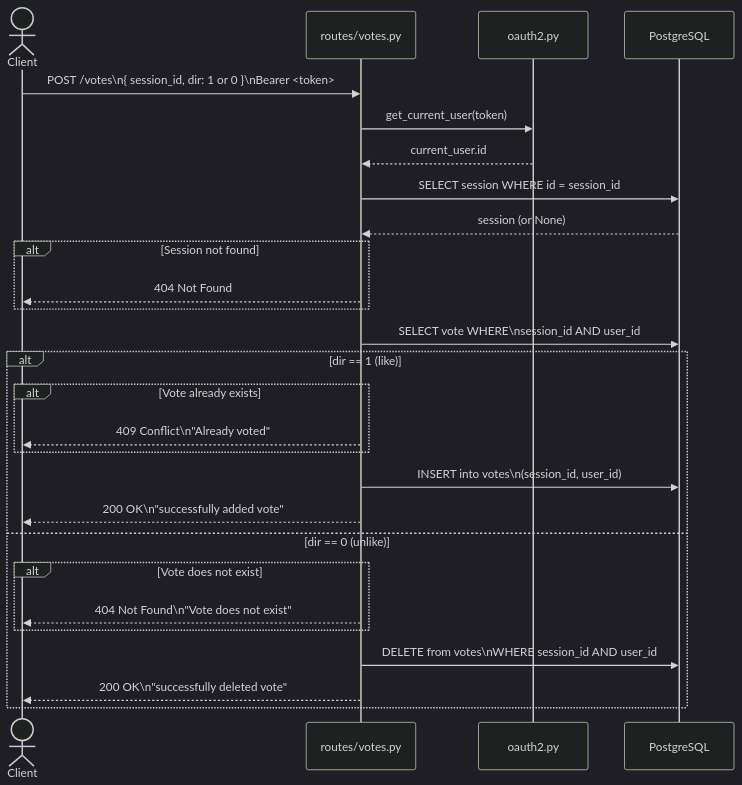
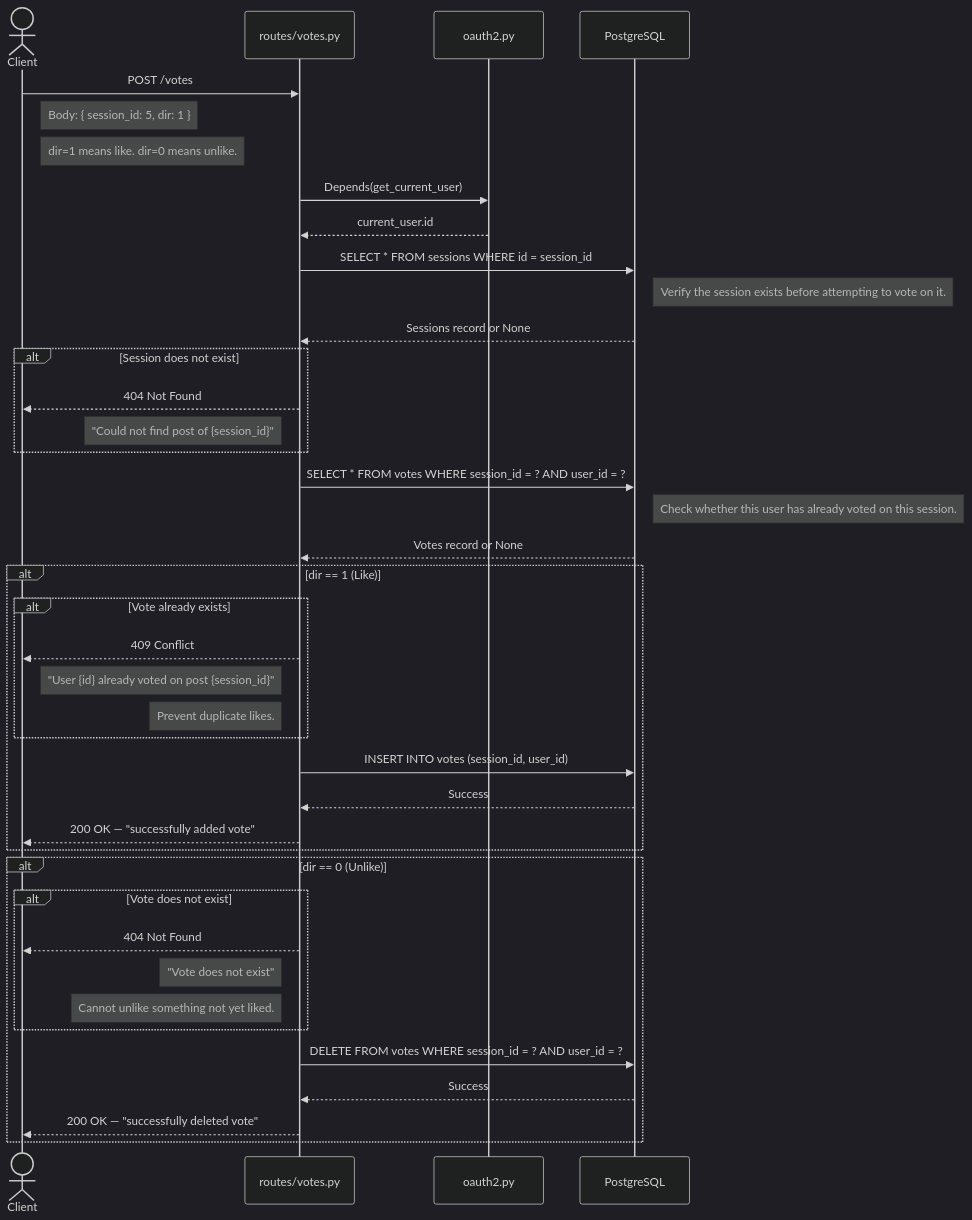
The sixth of 7 diagrams in docs/05_sequence_diagrams.md (john3lizama/Music_Practice_Companion), drawn with Mermaid (dark theme) before and after one commit. The commit also changed other lines of this file and 5 other files, not shown here.

Commit message:
Enhance audio data pipeline documentation: clarify purpose, structure, and flow; detail each processing step with inputs, outputs, and algorithms; improve feedback generation and scoring sections; and outline implementation order and future enhancements.

````diff
--- a/docs/05_sequence_diagrams.md
+++ b/docs/05_sequence_diagrams.md
@@ -130,34 +259,52 @@
 ```mermaid
 sequenceDiagram
     actor Client
-    participant Route as routes/votes.py
-    participant OAuth as oauth2.py
-    participant DB as PostgreSQL
 
-    Client->>Route: POST /votes\n{ session_id, dir: 1 or 0 }\nBearer <token>
-    Route->>OAuth: get_current_user(token)
+    participant Route   as routes/votes.py
+    participant OAuth   as oauth2.py
+    participant DB      as PostgreSQL
+
+    Client->>Route: POST /votes
+    Note right of Client: Body: { session_id: 5, dir: 1 }
+    Note right of Client: dir=1 means like. dir=0 means unlike.
+
+    Route->>OAuth: Depends(get_current_user)
     OAuth-->>Route: current_user.id
 
-    Route->>DB: SELECT session WHERE id = session_id
-    DB-->>Route: session (or None)
+    Route->>DB: SELECT * FROM sessions WHERE id = session_id
+    Note right of DB: Verify the session exists before attempting to vote on it.
+    DB-->>Route: Sessions record or None
 
-    alt Session not found
+    alt Session does not exist
         Route-->>Client: 404 Not Found
+        Note left of Route: "Could not find post of {session_id}"
     end
 
-    Route->>DB: SELECT vote WHERE\nsession_id AND user_id
+    Route->>DB: SELECT * FROM votes WHERE session_id = ? AND user_id = ?
+    Note right of DB: Check whether this user has already voted on this session.
+    DB-->>Route: Votes record or None
 
-    alt dir == 1 (like)
+    alt dir == 1 (Like)
         alt Vote already exists
-            Route-->>Client: 409 Conflict\n"Already voted"
+            Route-->>Client: 409 Conflict
+            Note left of Route: "User {id} already voted on post {session_id}"
+            Note left of Route: Prevent duplicate likes.
         end
-        Route->>DB: INSERT into votes\n(session_id, user_id)
-        Route-->>Client: 200 OK\n"successfully added vote"
-    else dir == 0 (unlike)
+
+        Route->>DB: INSERT INTO votes (session_id, user_id)
+        DB-->>Route: Success
+        Route-->>Client: 200 OK — "successfully added vote"
+    end
+
+    alt dir == 0 (Unlike)
         alt Vote does not exist
-            Route-->>Client: 404 Not Found\n"Vote does not exist"
+            Route-->>Client: 404 Not Found
+            Note left of Route: "Vote does not exist"
+            Note left of Route: Cannot unlike something not yet liked.
         end
-        Route->>DB: DELETE from votes\nWHERE session_id AND user_id
-        Route-->>Client: 200 OK\n"successfully deleted vote"
+
+        Route->>DB: DELETE FROM votes WHERE session_id = ? AND user_id = ?
+        DB-->>Route: Success
+        Route-->>Client: 200 OK — "successfully deleted vote"
     end
 ```
````
